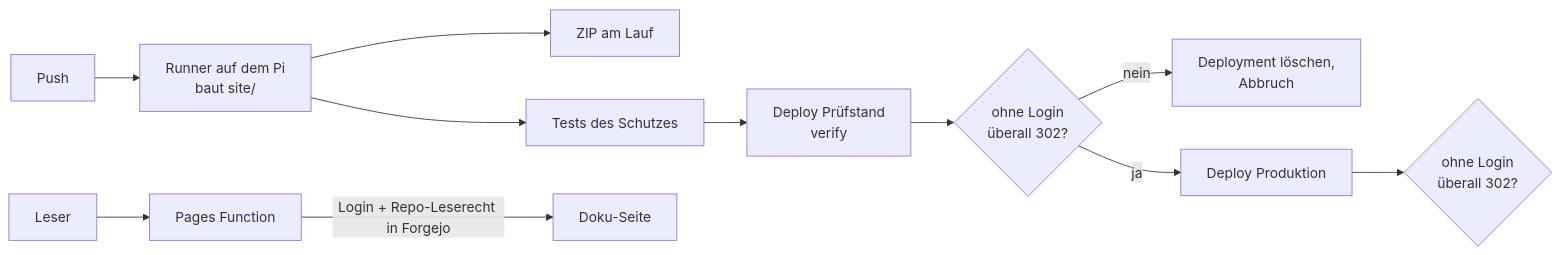
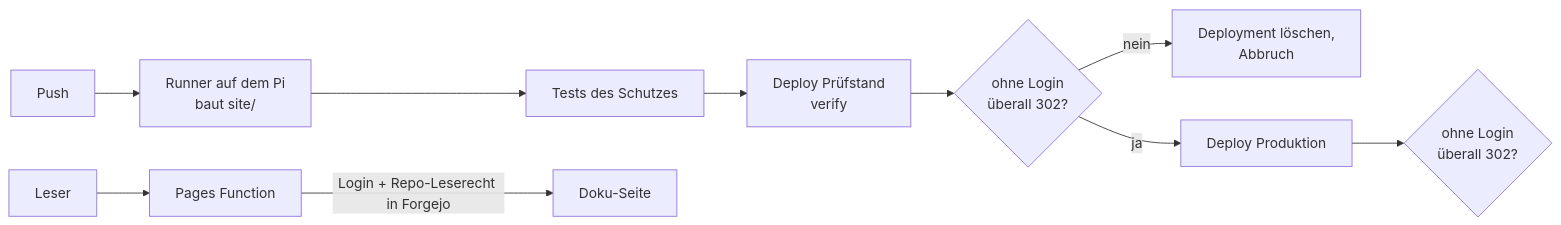
Before and after one commit to LeoMESysteme/picam-ai: the diagram in docs/HOSTING.md, drawn with Mermaid. The commit also changed other lines of this file and 17 other files, not shown here.

Commit message:
docs: interaktive OQ- und Roadmap-Ansichten

````diff
--- a/docs/HOSTING.md
+++ b/docs/HOSTING.md
@@ -12,9 +12,8 @@
 ```mermaid
 flowchart LR
     P[Push] --> R[Runner auf dem Pi<br>baut site/]
-    R --> Z[ZIP am Lauf]
     R --> T[Tests des Schutzes] --> V[Deploy Prüfstand<br>verify] --> C1{ohne Login<br>überall 302?}
     C1 -- nein --> X[Deployment löschen,<br>Abbruch]
     C1 -- ja --> D[Deploy Produktion] --> C2{ohne Login<br>überall 302?}
     L[Leser] --> F[Pages Function] -- Login + Repo-Leserecht in Forgejo --> S[Doku-Seite]
 ```
````
